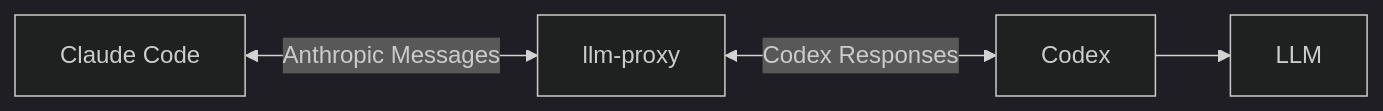
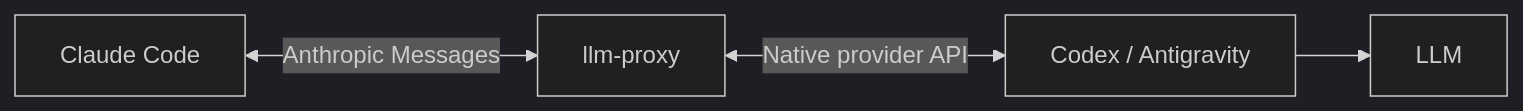
Before and after one commit to nghlong3004/llm-proxy: the diagram in README.md, drawn with Mermaid (dark theme). The commit also changed other lines of this file and 36 other files, not shown here.

Commit message:
feat: add native Antigravity outbound and model-based routing

````diff
--- a/README.md
+++ b/README.md
@@ -7,6 +8,6 @@
 ```mermaid
 flowchart LR
     Agent["Claude Code"] <-->|Anthropic Messages| Proxy["llm-proxy"]
-    Proxy <-->|Codex Responses| Provider["Codex"]
+    Proxy <-->|Native provider API| Provider["Codex / Antigravity"]
     Provider --> Model["LLM"]
 ```
````
